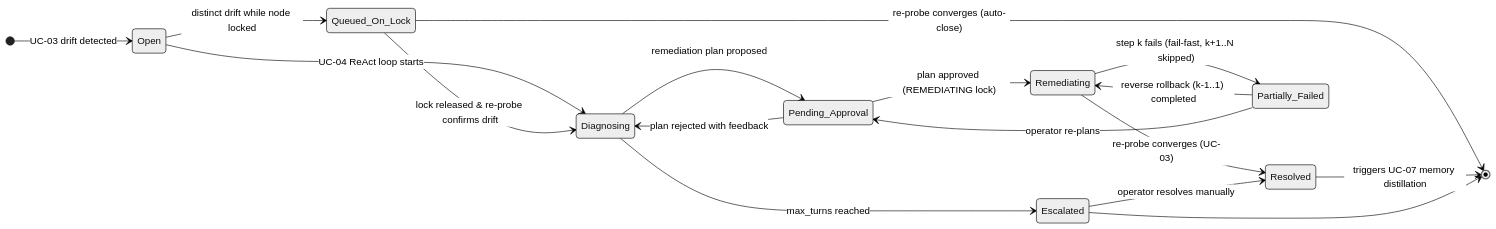
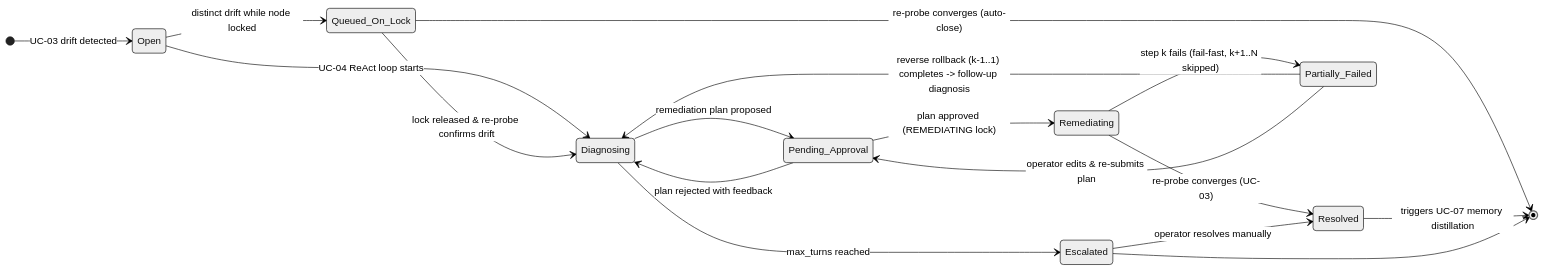
The fifth of 7 diagrams in hw2/design.md (crane-fog/SAD-Proj), drawn with Mermaid (neutral theme) before and after one commit. The commit also changed other lines of this file, not shown here.

Commit message:
fix(hw2): correct UC-04 dispatch target, unify Queued_On_Lock spelling, fix rollback state transition, add reject-path note

````diff
--- a/hw2/design.md
+++ b/hw2/design.md
@@ -371,20 +371,20 @@
 ```mermaid
 stateDiagram-v2
     direction LR
     [*] --> Open : UC-03 drift detected
     Open --> Diagnosing : UC-04 ReAct loop starts
     Diagnosing --> Pending_Approval : remediation plan proposed
     Pending_Approval --> Diagnosing : plan rejected with feedback
     Pending_Approval --> Remediating : plan approved (REMEDIATING lock)
     Remediating --> Resolved : re-probe converges (UC-03)
     Remediating --> Partially_Failed : step k fails (fail-fast, k+1..N skipped)
-    Partially_Failed --> Remediating : reverse rollback (k-1..1) completed
-    Partially_Failed --> Pending_Approval : operator re-plans
+    Partially_Failed --> Diagnosing : reverse rollback (k-1..1) completes -> follow-up diagnosis
+    Partially_Failed --> Pending_Approval : operator edits & re-submits plan
     Diagnosing --> Escalated : max_turns reached
     Escalated --> Resolved : operator resolves manually
     Open --> Queued_On_Lock : distinct drift while node locked
     Queued_On_Lock --> Diagnosing : lock released & re-probe confirms drift
     Queued_On_Lock --> [*] : re-probe converges (auto-close)
     Resolved --> [*] : triggers UC-07 memory distillation
     Escalated --> [*]
 ```
````
